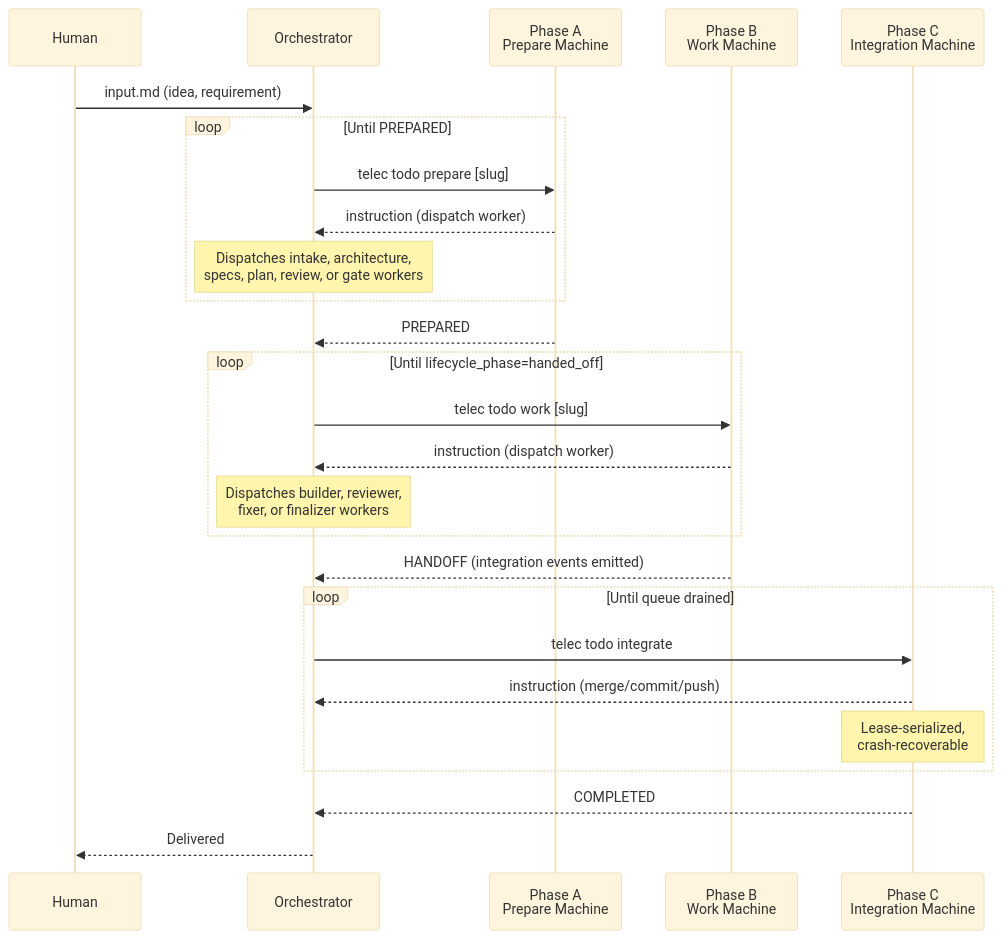
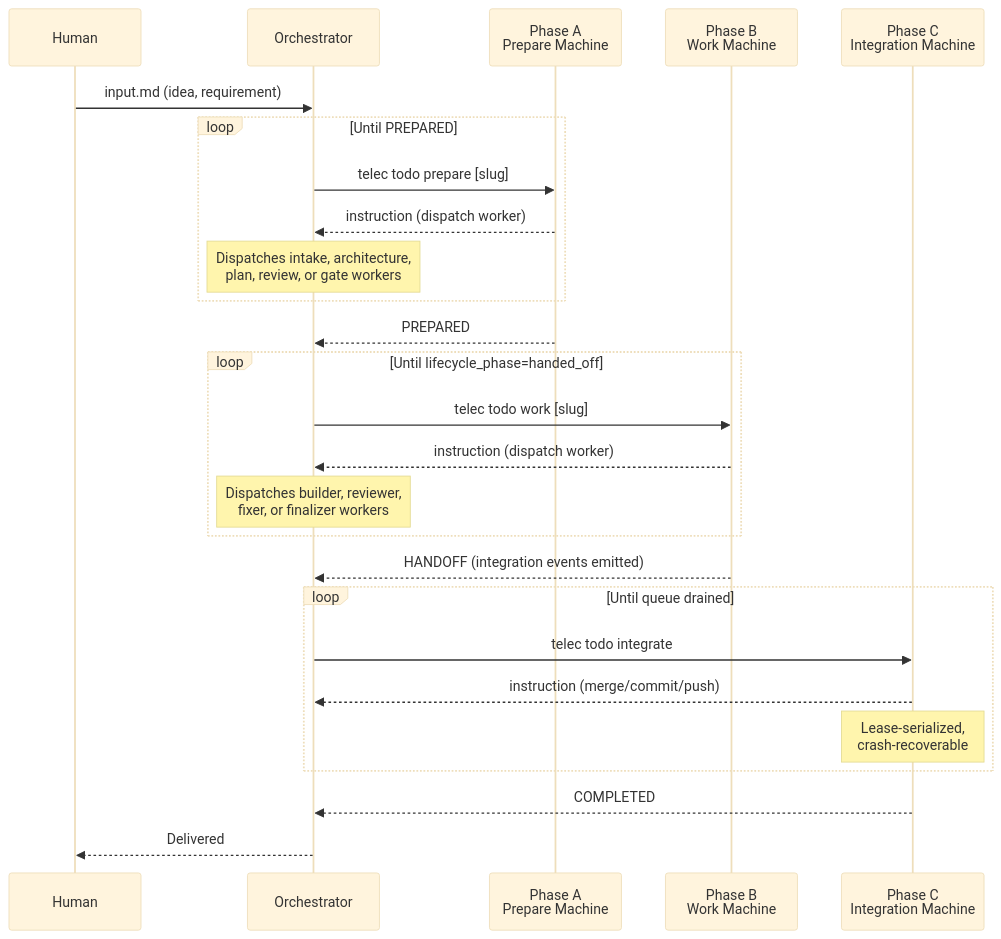
Before and after one commit to InstruktAI/TeleClaude: the second of 3 diagrams in docs/project/design/architecture/lifecycle-state-machines.md, drawn with Mermaid (base theme). The commit also changed other lines of this file and 49 other files, not shown here.

````diff
--- a/docs/project/design/architecture/lifecycle-state-machines.md
+++ b/docs/project/design/architecture/lifecycle-state-machines.md
@@ -107,32 +105,32 @@
 ```mermaid
 sequenceDiagram
     participant Human
     participant Orchestrator
     participant Prepare as Phase A<br/>Prepare Machine
     participant Work as Phase B<br/>Work Machine
     participant Integrate as Phase C<br/>Integration Machine
 
     Human->>Orchestrator: input.md (idea, requirement)
 
     loop Until PREPARED
         Orchestrator->>Prepare: telec todo prepare [slug]
         Prepare-->>Orchestrator: instruction (dispatch worker)
-        Note over Orchestrator: Dispatches intake, architecture,<br/>specs, plan, review, or gate workers
+        Note over Orchestrator: Dispatches intake, architecture,<br/>plan, review, or gate workers
     end
     Prepare-->>Orchestrator: PREPARED
 
     loop Until lifecycle_phase=handed_off
         Orchestrator->>Work: telec todo work [slug]
         Work-->>Orchestrator: instruction (dispatch worker)
         Note over Orchestrator: Dispatches builder, reviewer,<br/>fixer, or finalizer workers
     end
     Work-->>Orchestrator: HANDOFF (integration events emitted)
 
     loop Until queue drained
         Orchestrator->>Integrate: telec todo integrate
         Integrate-->>Orchestrator: instruction (merge/commit/push)
         Note over Integrate: Lease-serialized,<br/>crash-recoverable
     end
     Integrate-->>Orchestrator: COMPLETED
     Orchestrator-->>Human: Delivered
 ```
````
